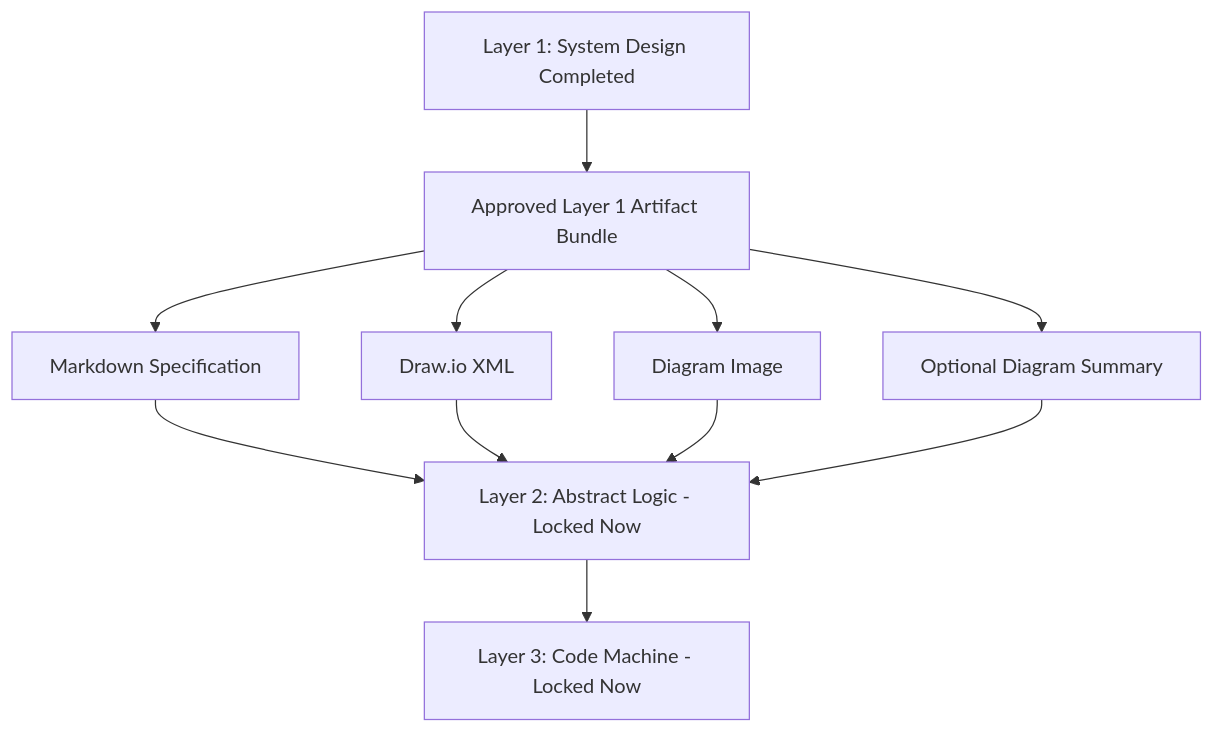
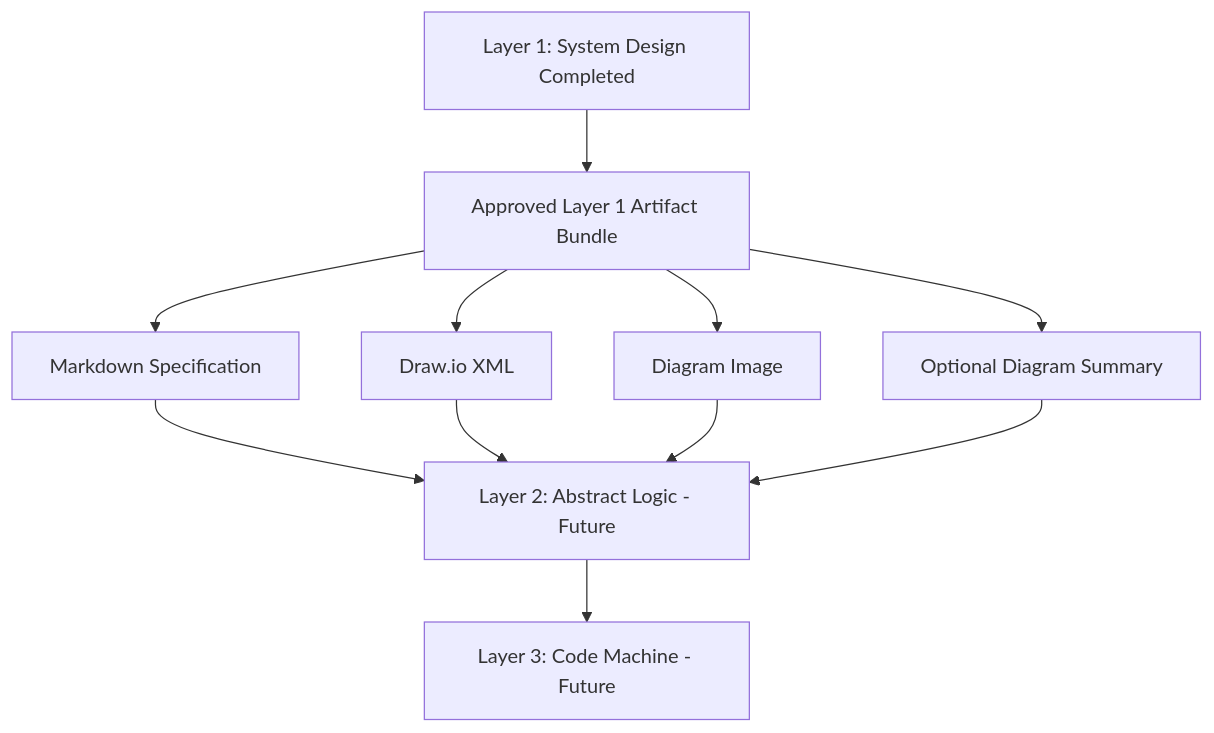
One commit to ProductMasterz/Mujarrad-Frontend changed the sixth of 19 diagrams in Docs/system-design-detailed-plan.md. Above: the diagram before and after it, drawn with Mermaid. The commit also changed other lines of this file, not shown here.

Commit message:
Sync corrected system design roadmap

````diff
--- a/Docs/system-design-detailed-plan.md
+++ b/Docs/system-design-detailed-plan.md
@@ -767,16 +843,16 @@
 ```mermaid
 flowchart TD
     A[Layer 1: System Design Completed] --> B[Approved Layer 1 Artifact Bundle]
 
     B --> B1[Markdown Specification]
     B --> B2[Draw.io XML]
     B --> B3[Diagram Image]
     B --> B4[Optional Diagram Summary]
 
-    B1 --> C[Layer 2: Abstract Logic - Locked Now]
+    B1 --> C[Layer 2: Abstract Logic - Future]
     B2 --> C
     B3 --> C
     B4 --> C
 
-    C --> D[Layer 3: Code Machine - Locked Now]
+    C --> D[Layer 3: Code Machine - Future]
 ```
````
